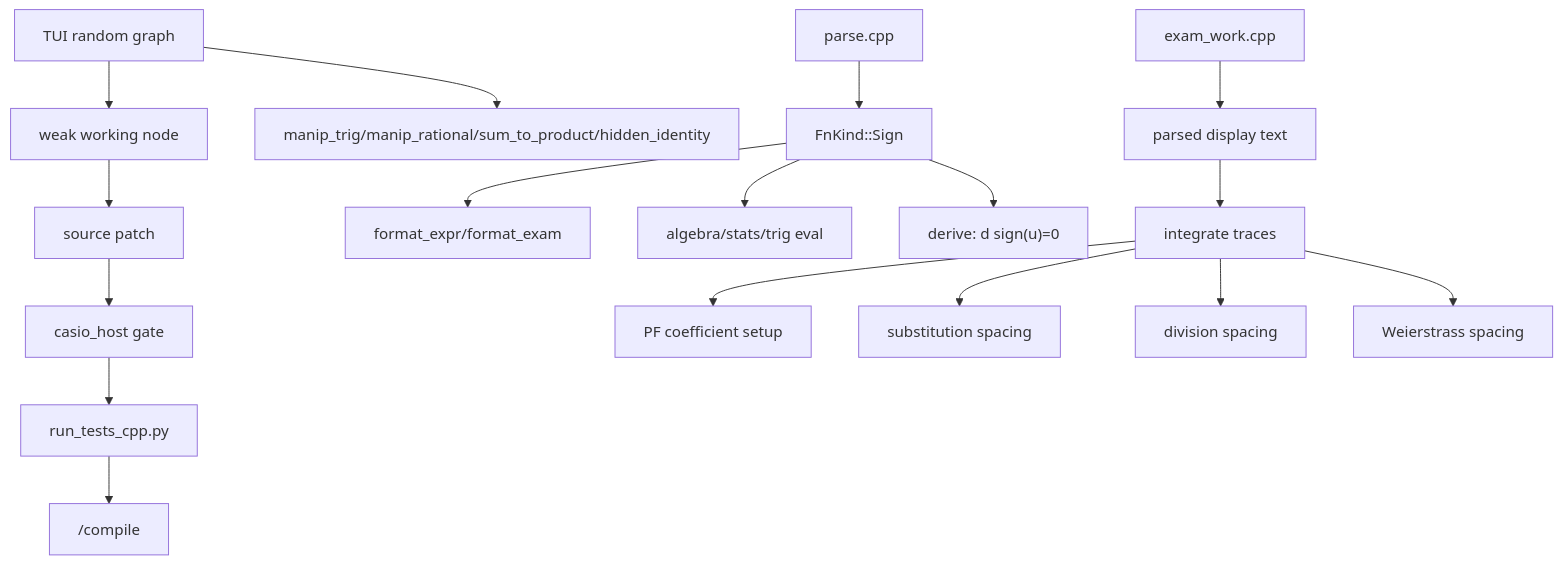
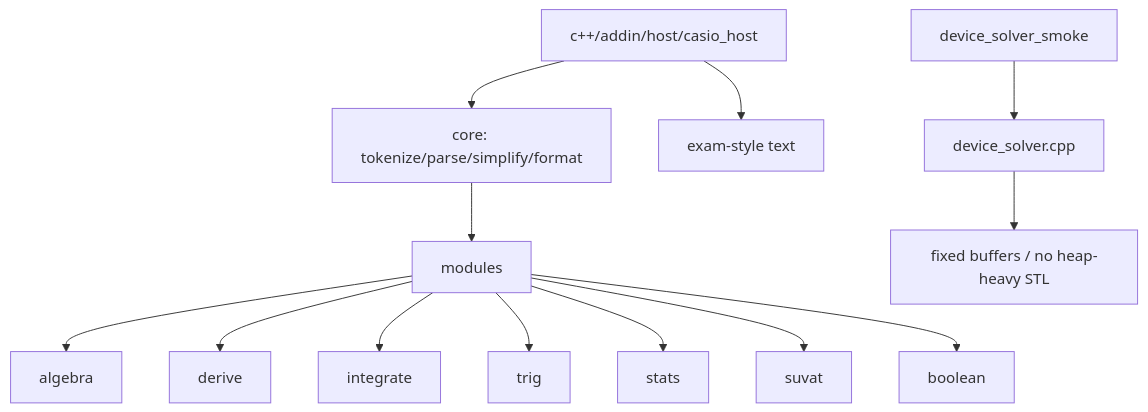
The third of 8 diagrams in c++/GRAPH.md (james8464/notes-addin-casio-fx-cg50), drawn with Mermaid before and after one commit. The commit also changed other lines of this file, not shown here.

Commit message:
Rebuild compact project graph

````diff
--- a/c++/GRAPH.md
+++ b/c++/GRAPH.md
@@ -37,21 +64,16 @@
 ```mermaid
 graph TD
-  Rand["TUI random graph"] --> Weak["weak working node"]
-  Weak --> Patch["source patch"]
-  Patch --> Host["casio_host gate"]
-  Host --> Full["run_tests_cpp.py"]
-  Full --> Build["/compile"]
-  Rand --> Shapes["manip_trig/manip_rational/sum_to_product/hidden_identity"]
+  Host["c++/addin/host/casio_host"] --> Core["core: tokenize/parse/simplify/format"]
+  Core --> Mods["modules"]
+  Mods --> Alg["algebra"]
+  Mods --> Der["derive"]
+  Mods --> Int["integrate"]
+  Mods --> Trig["trig"]
+  Mods --> Stats["stats"]
+  Mods --> Suv["suvat"]
+  Mods --> Bool["boolean"]
+  Host --> Out["exam-style text"]
 
-  Parse["parse.cpp"] --> Sign["FnKind::Sign"]
-  Sign --> Fmt["format_expr/format_exam"]
-  Sign --> Eval["algebra/stats/trig eval"]
-  Sign --> Der["derive: d sign(u)=0"]
-
-  Exam["exam_work.cpp"] --> Friendly["parsed display text"]
-  Friendly --> Int["integrate traces"]
-  Int --> PF["PF coefficient setup"]
-  Int --> Sub["substitution spacing"]
-  Int --> Div["division spacing"]
-  Int --> Wei["Weierstrass spacing"]
+  Smoke["device_solver_smoke"] --> Dev["device_solver.cpp"]
+  Dev --> Fixed["fixed buffers / no heap-heavy STL"]
 ```
````
